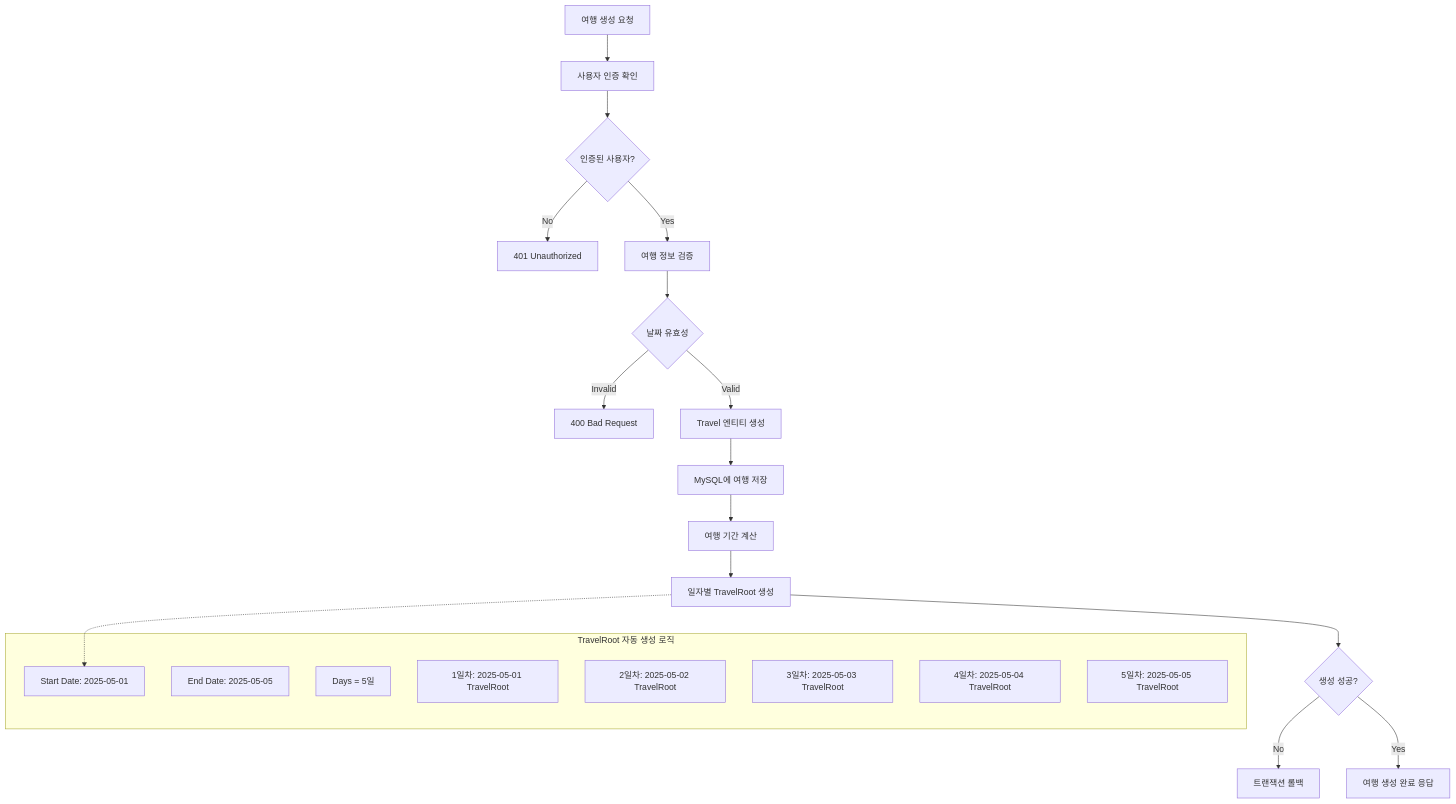
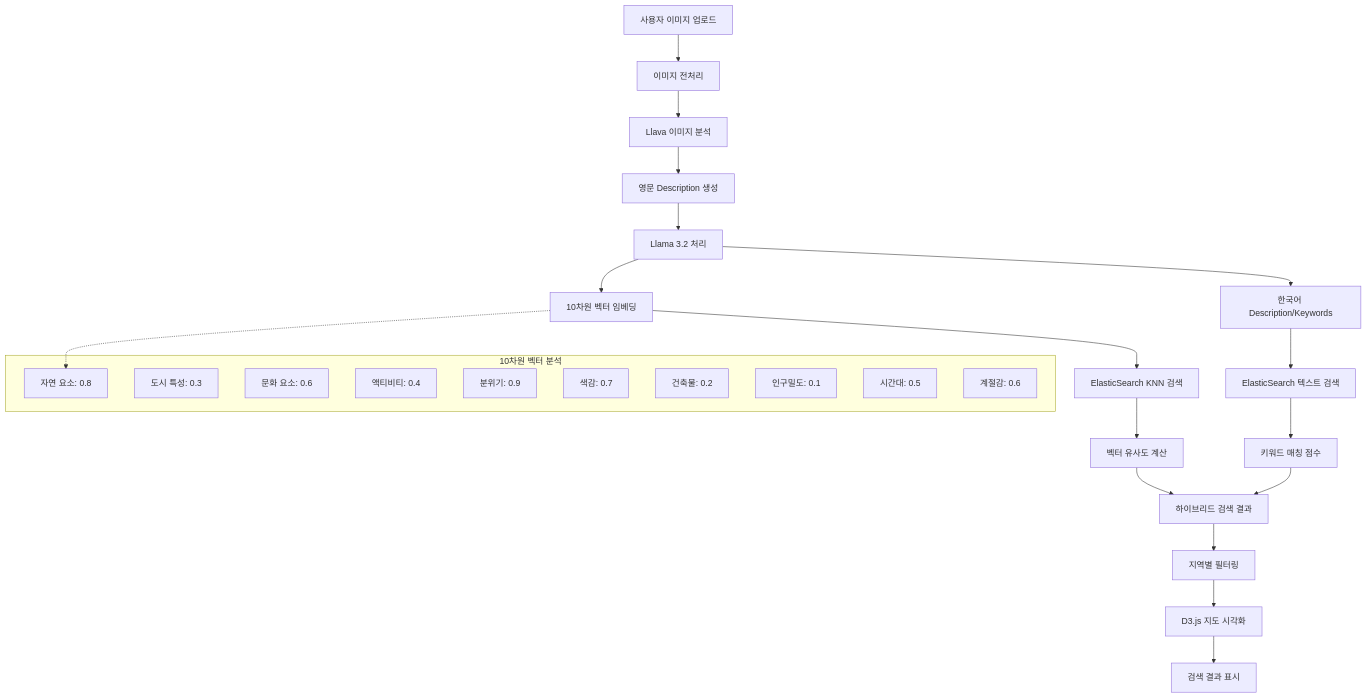
One commit to LOG-O-202505/LOG-O-vue changed the second of 3 diagrams in README.md. Above: the diagram before and after it, drawn with Mermaid. The commit also changed other lines of this file, not shown here.

````diff
--- a/README.md
+++ b/README.md
@@ -168,32 +123,38 @@
 ```mermaid
 flowchart TD
-    A[여행 생성 요청] --> B[사용자 인증 확인]
-    B --> C{인증된 사용자?}
-    C -->|No| D[401 Unauthorized]
-    C -->|Yes| E[여행 정보 검증]
+    A[사용자 이미지 업로드] --> B[이미지 전처리]
+    B --> C[Llava 이미지 분석]
+    C --> D[영문 Description 생성]
     
-    E --> F{날짜 유효성}
-    F -->|Invalid| G[400 Bad Request]
-    F -->|Valid| H[Travel 엔티티 생성]
+    D --> E[Llama 3.2 처리]
+    E --> F[10차원 벡터 임베딩]
+    E --> G[한국어 Description/Keywords]
     
-    H --> I[MySQL에 여행 저장]
-    I --> J[여행 기간 계산]
-    J --> K[일자별 TravelRoot 생성]
+    F --> H[ElasticSearch KNN 검색]
+    G --> I[ElasticSearch 텍스트 검색]
     
-    K --> L{생성 성공?}
-    L -->|No| M[트랜잭션 롤백]
-    L -->|Yes| N[여행 생성 완료 응답]
+    H --> J[벡터 유사도 계산]
+    I --> K[키워드 매칭 점수]
     
-    subgraph "TravelRoot 자동 생성 로직"
-        O[Start Date: 2025-05-01]
-        P[End Date: 2025-05-05]
-        Q[Days = 5일]
-        R[1일차: 2025-05-01 TravelRoot]
-        S[2일차: 2025-05-02 TravelRoot]
-        T[3일차: 2025-05-03 TravelRoot]
-        U[4일차: 2025-05-04 TravelRoot]
-        V[5일차: 2025-05-05 TravelRoot]
+    J --> L[하이브리드 검색 결과]
+    K --> L
+    
+    L --> M[지역별 필터링]
+    M --> N[D3.js 지도 시각화]
+    N --> O[검색 결과 표시]
+    
+    subgraph "10차원 벡터 분석"
+        P[자연 요소: 0.8]
+        Q[도시 특성: 0.3]
+        R[문화 요소: 0.6]
+        S[액티비티: 0.4]
+        T[분위기: 0.9]
+        U[색감: 0.7]
+        V[건축물: 0.2]
+        W[인구밀도: 0.1]
+        X[시간대: 0.5]
+        Y[계절감: 0.6]
     end
     
-    K -.-> O
+    F -.-> P
 ```
````
